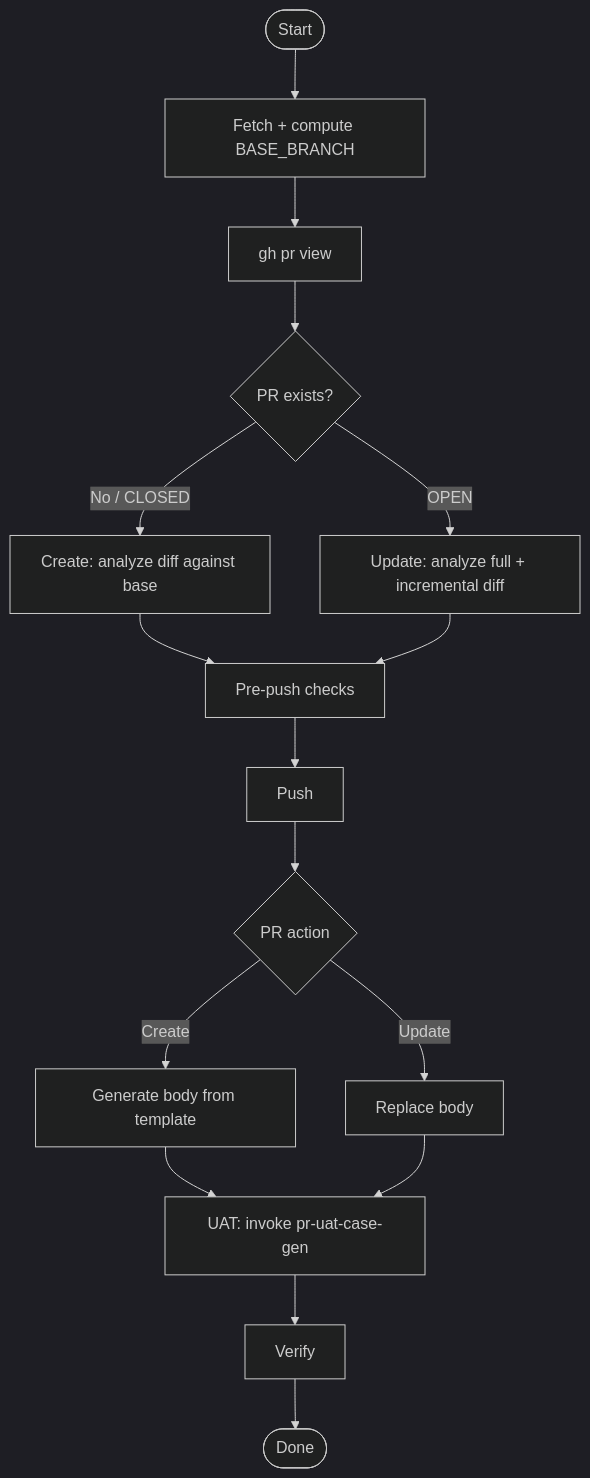
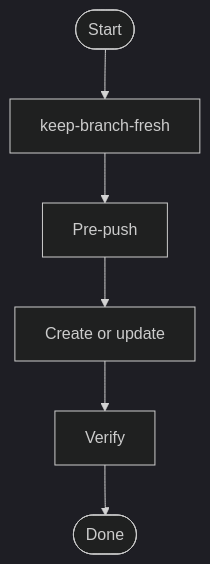
Before and after one commit to 35iter-cn/agents-config: the diagram in skills/my-own-skills/pr-handoff/SKILL.md, drawn with Mermaid (dark theme). The commit also changed other lines of this file and 3 other files, not shown here.

First line of the commit message:
unify three workflow skills (pr-handoff, keep-branch-fresh, pr-uat-case-gen) to template structure

````diff
--- a/skills/my-own-skills/pr-handoff/SKILL.md
+++ b/skills/my-own-skills/pr-handoff/SKILL.md
@@ -66,18 +56,8 @@
 ```mermaid
 flowchart TD
-    A([Start]) --> B[Fetch + compute BASE_BRANCH]
-    B --> C[gh pr view]
-    C --> D{PR exists?}
-    D -->|No / CLOSED| E[Create: analyze diff against base]
-    D -->|OPEN| F[Update: analyze full + incremental diff]
-    E --> G[Pre-push checks]
-    F --> G
-    G --> H[Push]
-    H --> I{PR action}
-    I -->|Create| J[Generate body from template]
-    I -->|Update| K[Replace body]
-    J --> L[UAT: invoke pr-uat-case-gen]
-    K --> L
-    L --> M[Verify]
-    M --> N([Done])
+    A([Start]) --> B[keep-branch-fresh]
+    B --> C[Pre-push]
+    C --> D[Create or update]
+    D --> E[Verify]
+    E --> F([Done])
 ```
````
